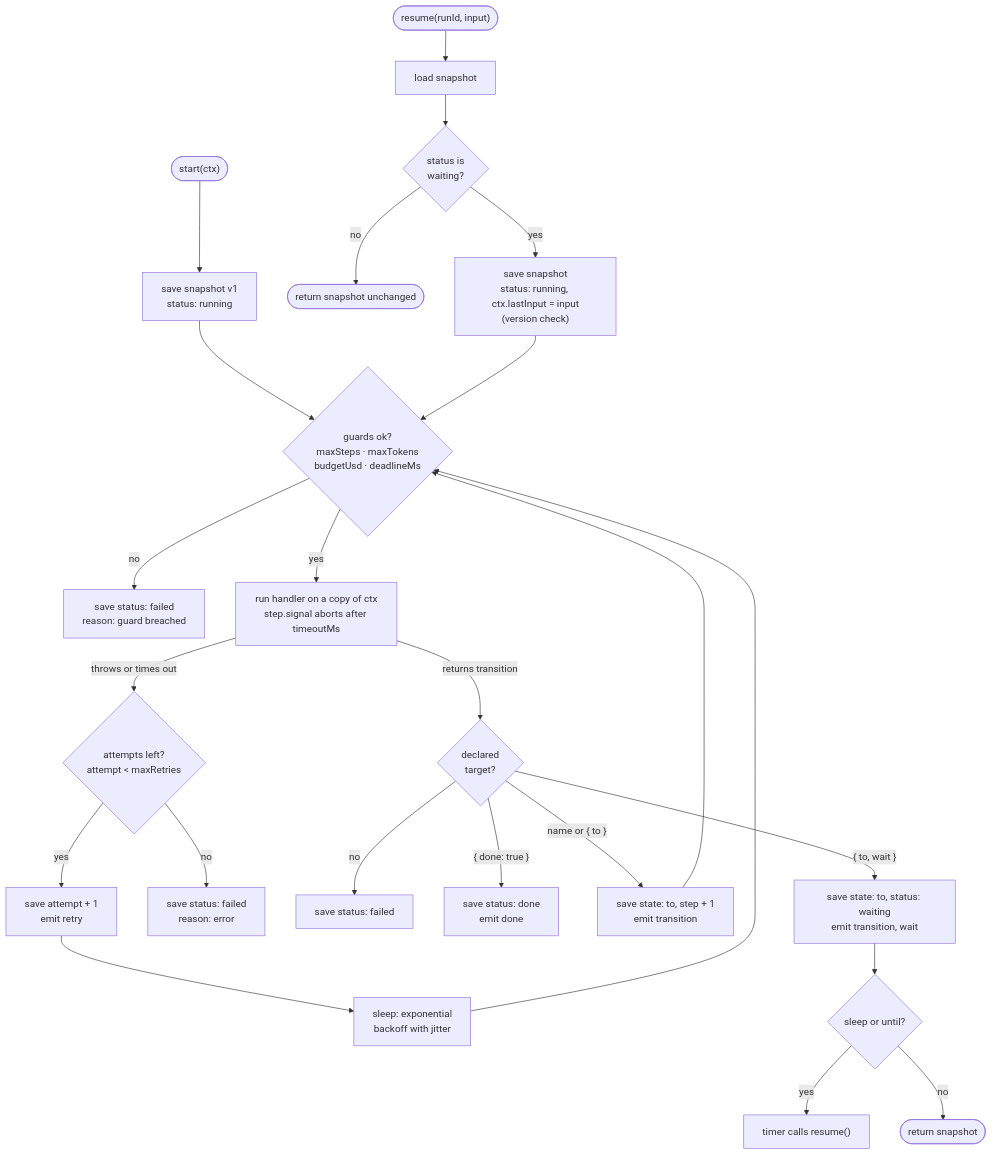
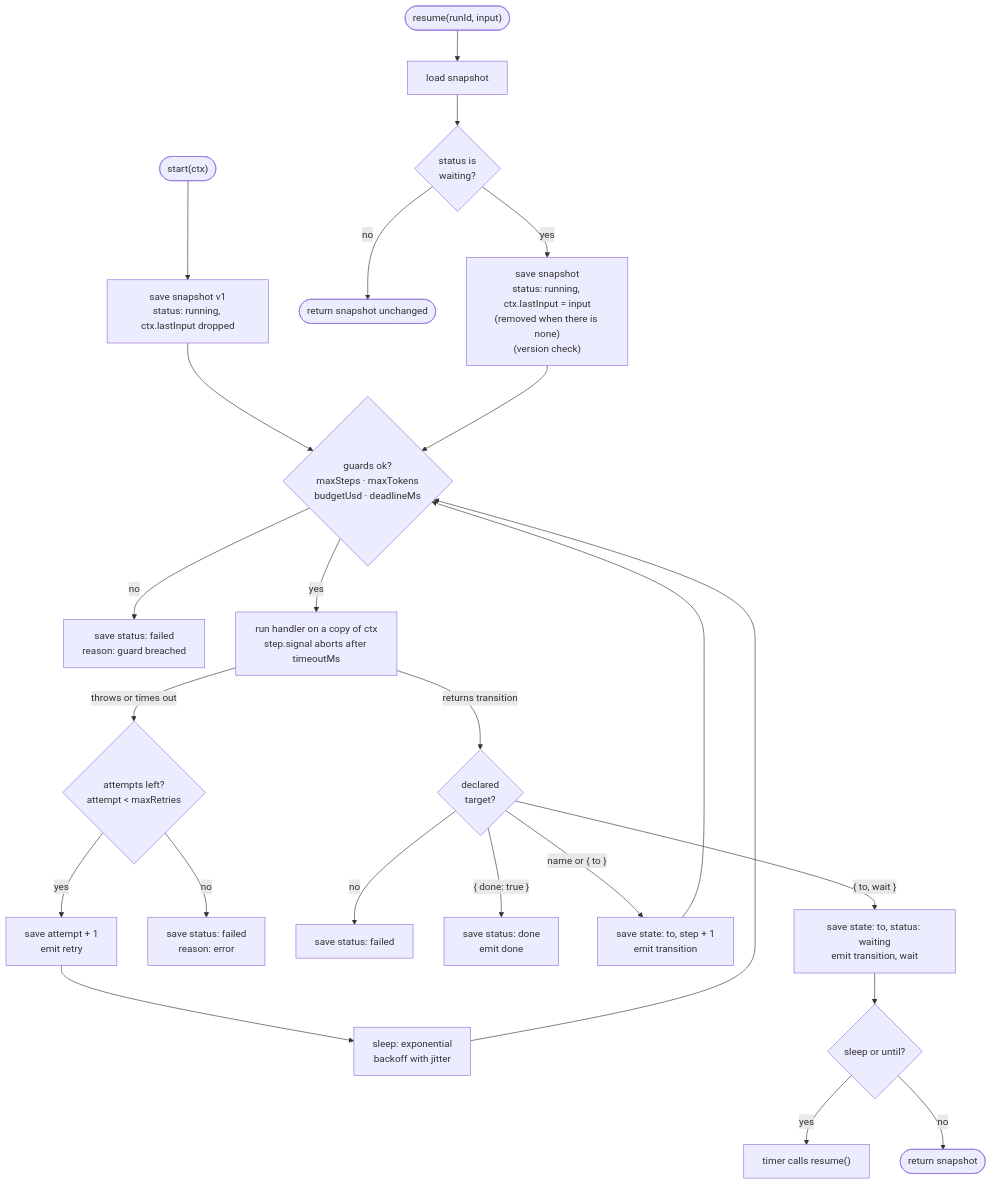
Before and after one commit to Nuvraxis/agenttsm: the diagram in docs/architecture.md, drawn with Mermaid. The commit also changed 1 other file, not shown here.

Commit message:
docs: describe authorize and the lastInput rule

````diff
--- a/docs/architecture.md
+++ b/docs/architecture.md
@@ -9,23 +9,23 @@
 ```mermaid
 flowchart TD
-  start(["start(ctx)"]) --> save0["save snapshot v1<br/>status: running"]
+  start(["start(ctx)"]) --> save0["save snapshot v1<br/>status: running, ctx.lastInput dropped"]
   resume(["resume(runId, input)"]) --> load["load snapshot"]
   load --> waiting{"status is<br/>waiting?"}
   waiting -- no --> noop(["return snapshot unchanged"])
-  waiting -- yes --> saveR["save snapshot<br/>status: running, ctx.lastInput = input<br/>(version check)"]
+  waiting -- yes --> saveR["save snapshot<br/>status: running, ctx.lastInput = input<br/>(removed when there is none)<br/>(version check)"]
   save0 --> guards
   saveR --> guards
   guards{"guards ok?<br/>maxSteps · maxTokens<br/>budgetUsd · deadlineMs"} -- no --> failG["save status: failed<br/>reason: guard breached"]
   guards -- yes --> run["run handler on a copy of ctx<br/>step.signal aborts after timeoutMs"]
   run -- throws or times out --> retry{"attempts left?<br/>attempt < maxRetries"}
   retry -- yes --> saveRetry["save attempt + 1<br/>emit retry"] --> backoff["sleep: exponential<br/>backoff with jitter"] --> guards
   retry -- no --> failE["save status: failed<br/>reason: error"]
   run -- returns transition --> check{"declared<br/>target?"}
   check -- no --> failT["save status: failed"]
   check -- "{ done: true }" --> done["save status: done<br/>emit done"]
   check -- "name or { to }" --> next["save state: to, step + 1<br/>emit transition"] --> guards
   check -- "{ to, wait }" --> park["save state: to, status: waiting<br/>emit transition, wait"]
   park --> timer{"sleep or until?"}
   timer -- yes --> schedule["timer calls resume()"]
   timer -- no --> ret(["return snapshot"])
 ```
````
